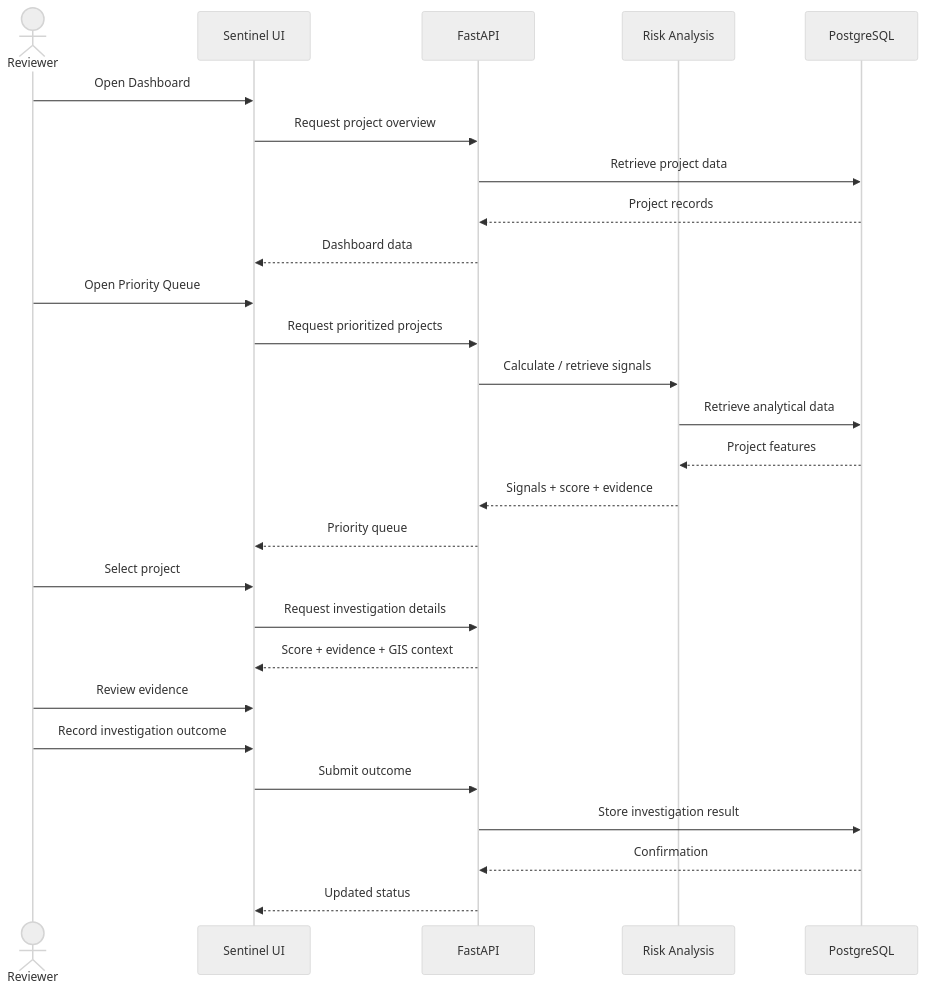
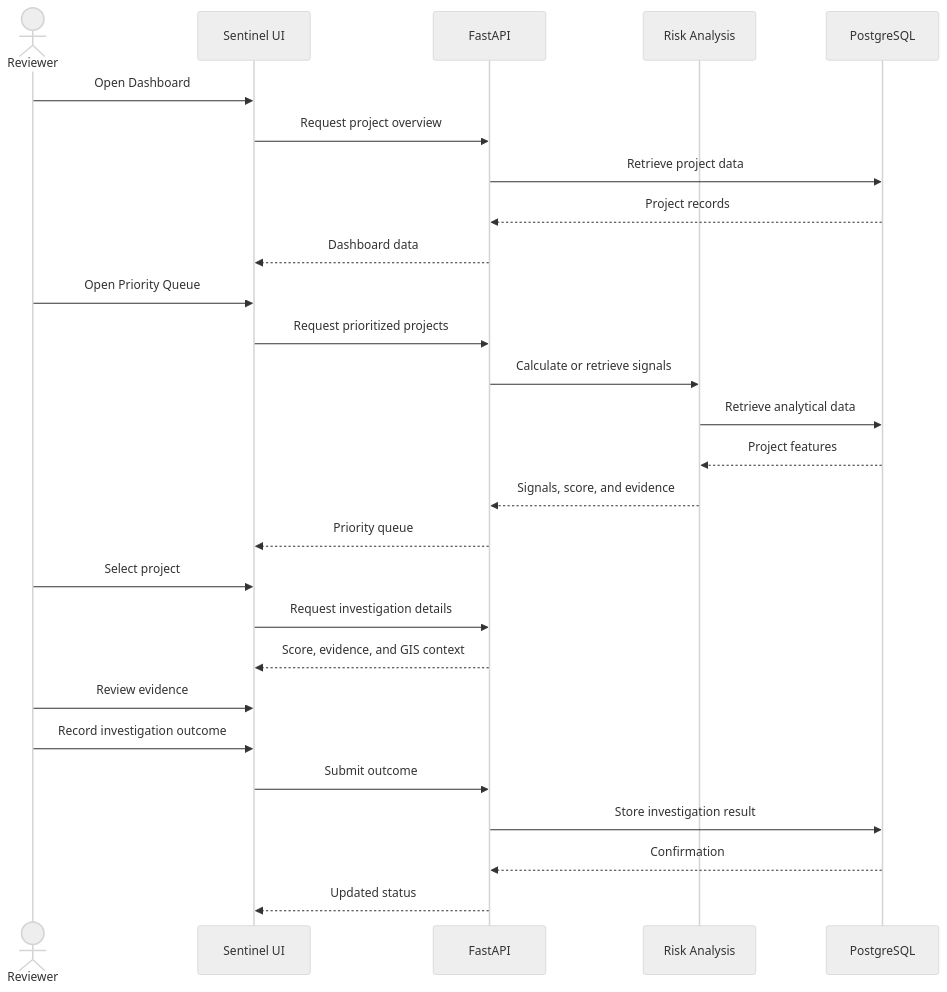
Diagram 18 of 18 in README.md (the-nidhi-bhat/mplads-sentinel), drawn with Mermaid (neutral theme) before and after one commit. The commit also changed other lines of this file, not shown here.

````diff
--- a/README.md
+++ b/README.md
@@ -948,35 +936,35 @@
 ```mermaid
 sequenceDiagram
     actor Reviewer
 
     participant UI as Sentinel UI
     participant API as FastAPI
     participant Risk as Risk Analysis
     participant DB as PostgreSQL
 
     Reviewer->>UI: Open Dashboard
     UI->>API: Request project overview
     API->>DB: Retrieve project data
     DB-->>API: Project records
     API-->>UI: Dashboard data
 
     Reviewer->>UI: Open Priority Queue
     UI->>API: Request prioritized projects
-    API->>Risk: Calculate / retrieve signals
+    API->>Risk: Calculate or retrieve signals
     Risk->>DB: Retrieve analytical data
     DB-->>Risk: Project features
-    Risk-->>API: Signals + score + evidence
+    Risk-->>API: Signals, score, and evidence
     API-->>UI: Priority queue
 
     Reviewer->>UI: Select project
     UI->>API: Request investigation details
-    API-->>UI: Score + evidence + GIS context
+    API-->>UI: Score, evidence, and GIS context
 
     Reviewer->>UI: Review evidence
     Reviewer->>UI: Record investigation outcome
 
     UI->>API: Submit outcome
     API->>DB: Store investigation result
     DB-->>API: Confirmation
     API-->>UI: Updated status
 ```
````
